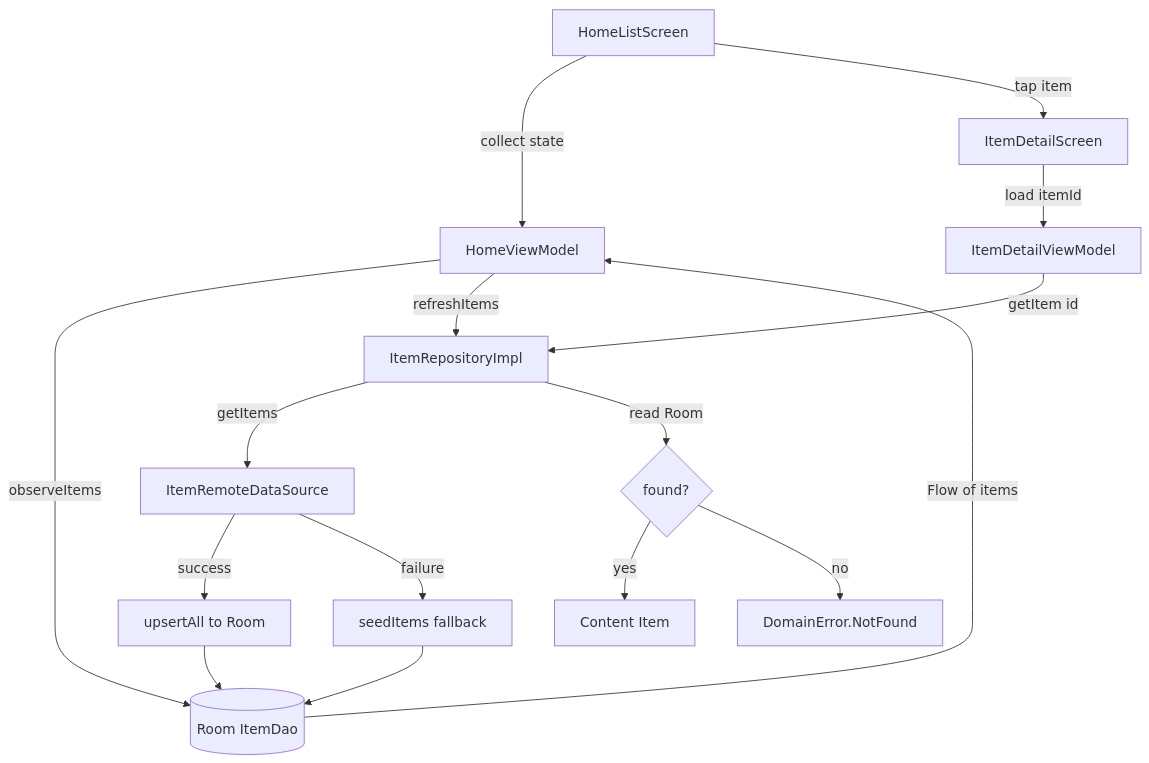
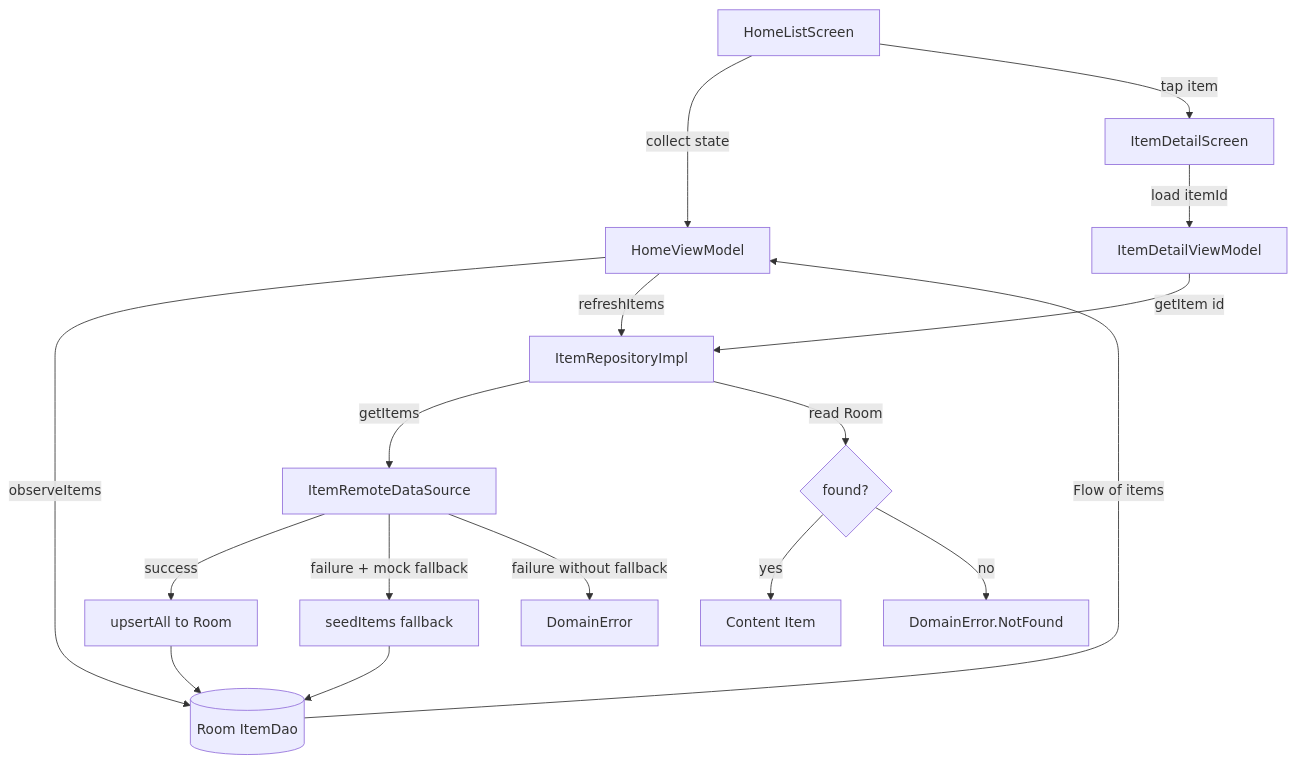
Before and after one commit to phanbaohuy96/android-base-structure: the diagram in docs/features/home.md, drawn with Mermaid. The commit also changed other lines of this file and 18 other files, not shown here.

````diff
--- a/docs/features/home.md
+++ b/docs/features/home.md
@@ -26,18 +27,19 @@
 ```mermaid
 flowchart TD
     A[HomeListScreen] -->|collect state| B[HomeViewModel]
     B -->|observeItems| C[(Room ItemDao)]
     C -->|Flow of items| B
     B -->|refreshItems| D[ItemRepositoryImpl]
     D -->|getItems| E[ItemRemoteDataSource]
     E -->|success| F[upsertAll to Room]
-    E -->|failure| G[seedItems fallback]
+    E -->|failure + mock fallback| G[seedItems fallback]
+    E -->|failure without fallback| M[DomainError]
     F --> C
     G --> C
     A -->|tap item| H[ItemDetailScreen]
     H -->|load itemId| I[ItemDetailViewModel]
     I -->|getItem id| D
     D -->|read Room| J{found?}
     J -->|yes| K[Content Item]
     J -->|no| L[DomainError.NotFound]
 ```
````
